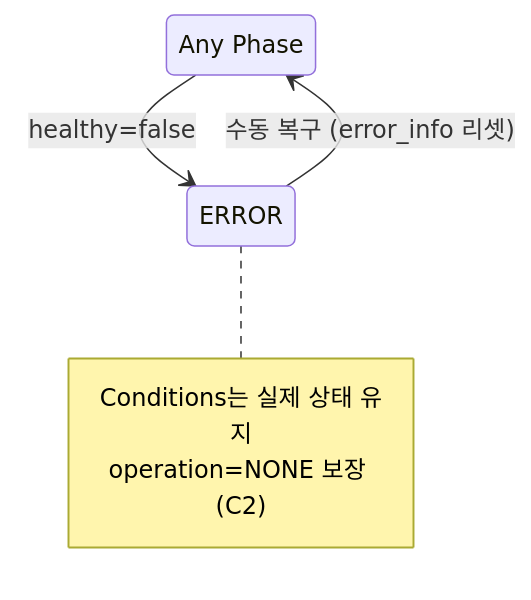
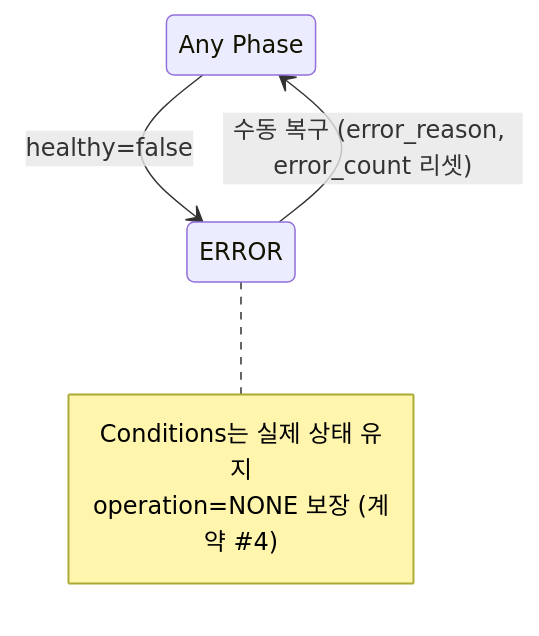
The third of 7 diagrams in docs/spec_v2/02-states.md (cagojeiger/code-hub), drawn with Mermaid before and after one commit.

Commit message:
docs(spec_v2): fix error_info→error_reason and C2→C4 references in 02-states.md
- error_info 리셋 → error_reason, error_count 리셋
- C2 (Level-Triggered) → 계약 #4 (Non-preemptive)

🤖 Generated with [Claude Code](https://claude.com/claude-code)

````diff
--- a/docs/spec_v2/02-states.md
+++ b/docs/spec_v2/02-states.md
@@ -273,14 +273,14 @@
 ```mermaid
 stateDiagram-v2
     direction TB
     state "Any Phase" as any
     state "ERROR" as error
 
     any --> error: healthy=false
-    error --> any: 수동 복구 (error_info 리셋)
+    error --> any: 수동 복구 (error_reason, error_count 리셋)
 
     note right of error
         Conditions는 실제 상태 유지
-        operation=NONE 보장 (C2)
+        operation=NONE 보장 (계약 #4)
     end note
 ```
````
